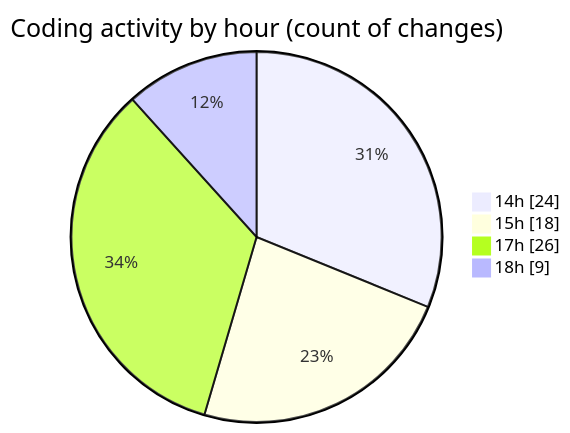
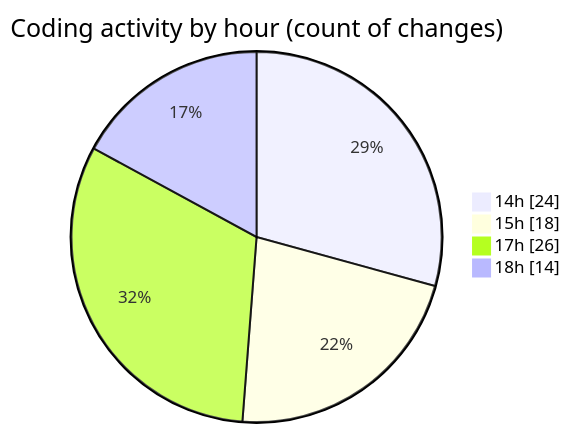
Before and after one commit to Elitesun/code-tracking: the second of 2 diagrams in 2025-04-22/indesign/README.md, drawn with Mermaid. The commit also changed other lines of this file and 1 other file, not shown here.

````diff
--- a/2025-04-22/indesign/README.md
+++ b/2025-04-22/indesign/README.md
@@ -45,8 +47,8 @@
 ```mermaid
 pie showData
 title Coding activity by hour (count of changes)
 "14h" : 24
 "15h" : 18
 "17h" : 26
-"18h" : 9
+"18h" : 14
 ```
````
